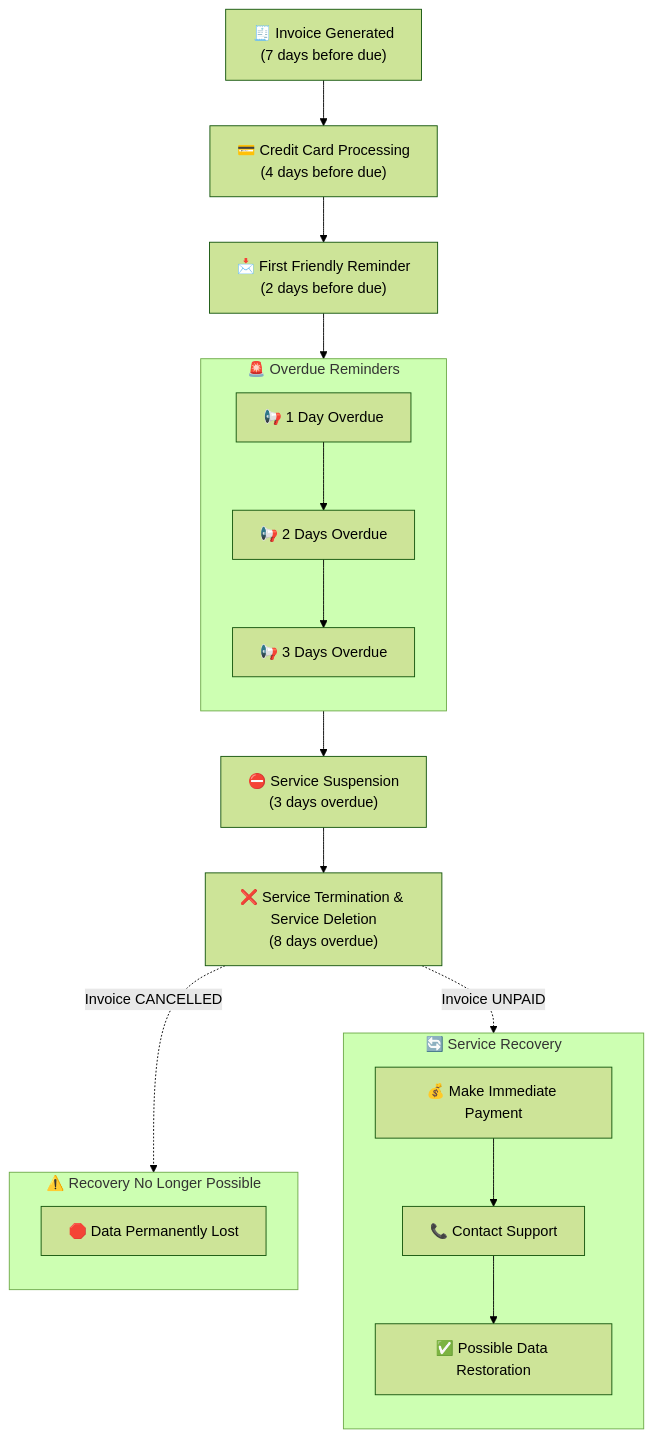
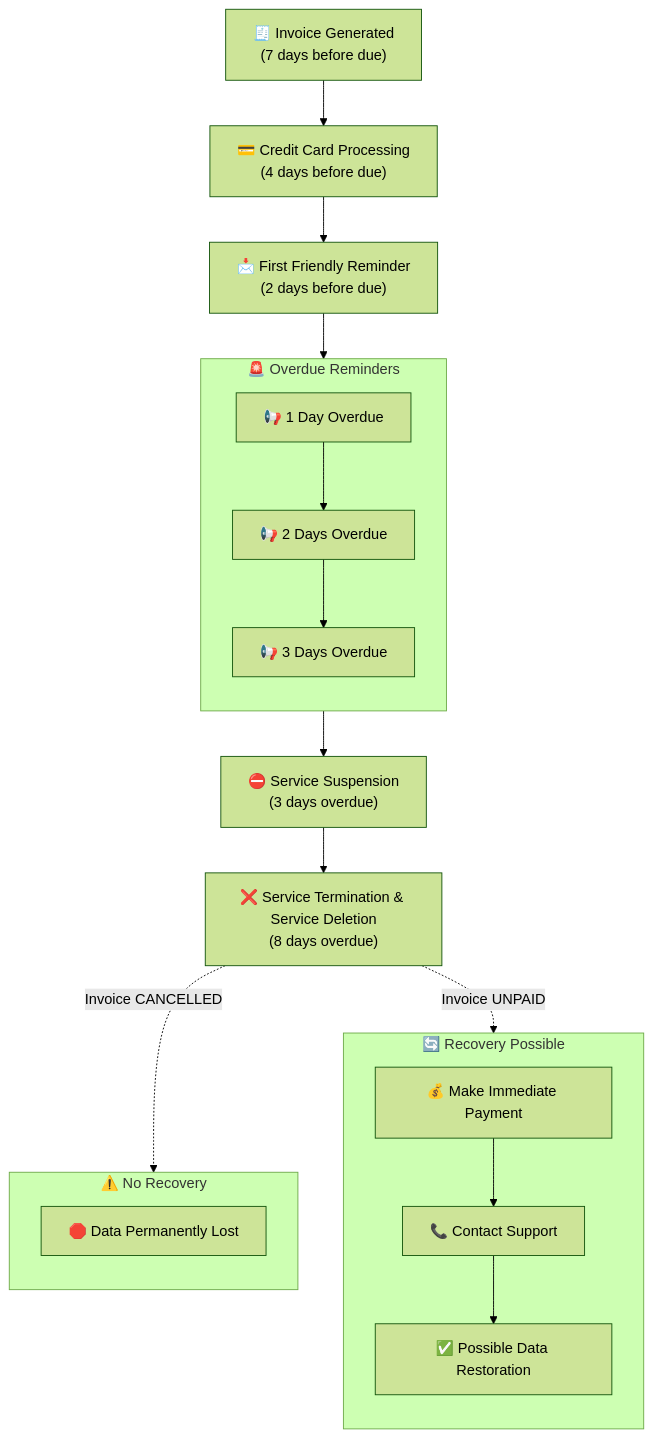
The diagram in faq/billing-lifecycle/automated-vps-billing-workflow.mdx (gExPl0ReR/docs), drawn with Mermaid (forest theme) before and after one commit.

Commit message:
Documentation edits made through Mintlify web editor

````diff
--- a/faq/billing-lifecycle/automated-vps-billing-workflow.mdx
+++ b/faq/billing-lifecycle/automated-vps-billing-workflow.mdx
@@ -44,31 +44,31 @@
 ```mermaid
 flowchart TD
     A["🧾 Invoice Generated<br>(7 days before due)"] --> B["💳 Credit Card Processing<br>(4 days before due)"]
     B --> C["📩 First Friendly Reminder<br>(2 days before due)"]
 
     subgraph overdue["🚨 Overdue Reminders"]
         direction TB
         C1["📢 1 Day Overdue"]
         C2["📢 2 Days Overdue"]
         C3["📢 3 Days Overdue"]
     end
     C --> C1 --> C2 --> C3
 
     C3 --> D["⛔ Service Suspension<br>(3 days overdue)"]
     D --> E["❌ Service Termination & Service Deletion<br>(8 days overdue)"]
 
-    subgraph recovery["🔄 Service Recovery"]
+    subgraph recovery["🔄 Recovery Possible"]
         direction TB
         R1["💰 Make Immediate Payment"]
         R2["📞 Contact Support"]
         R3["✅ Possible Data Restoration"]
     end
 
-    subgraph no_recovery["⚠️ Recovery No Longer Possible"]
+    subgraph no_recovery["⚠️ No Recovery"]
         direction TB
         X["🛑 Data Permanently Lost"]
     end
 
     E -.->|Invoice UNPAID| R1 --> R2 --> R3
     E -.->|Invoice CANCELLED| X
 ```
````
